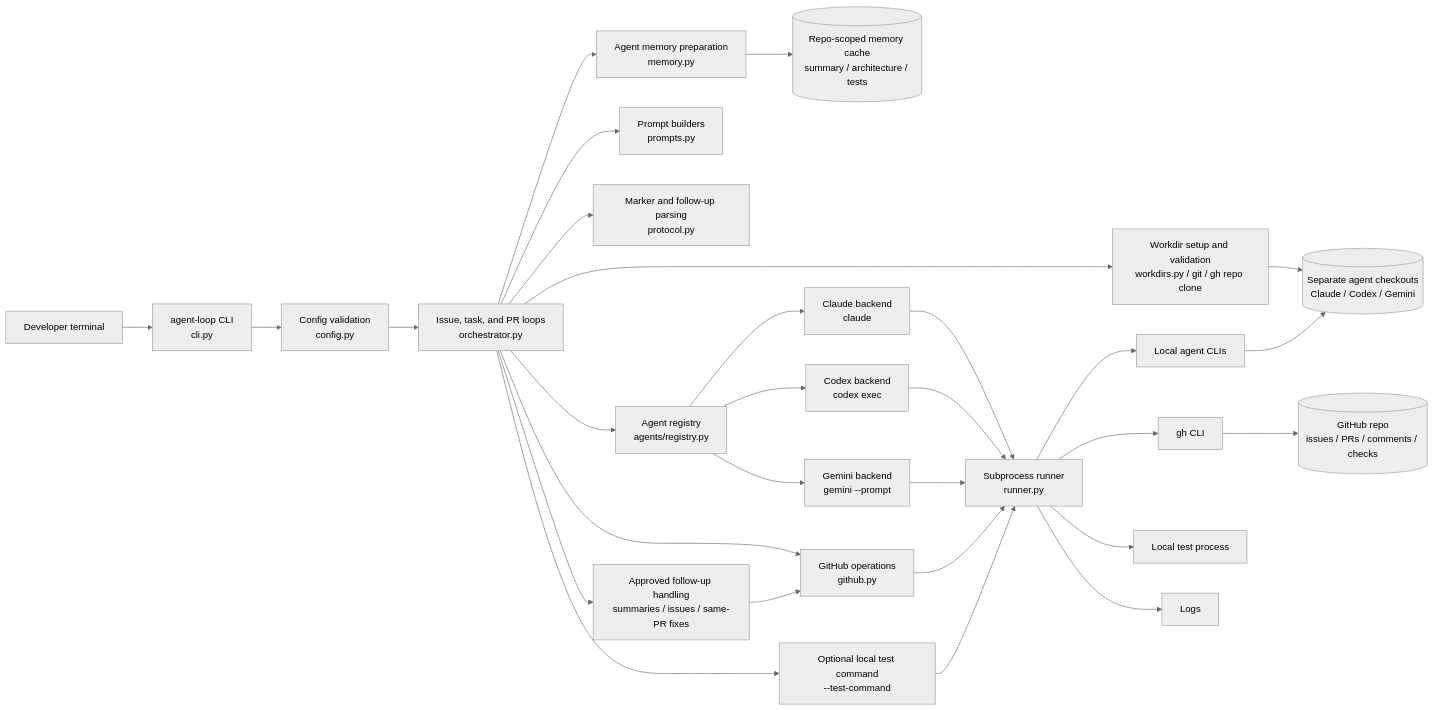
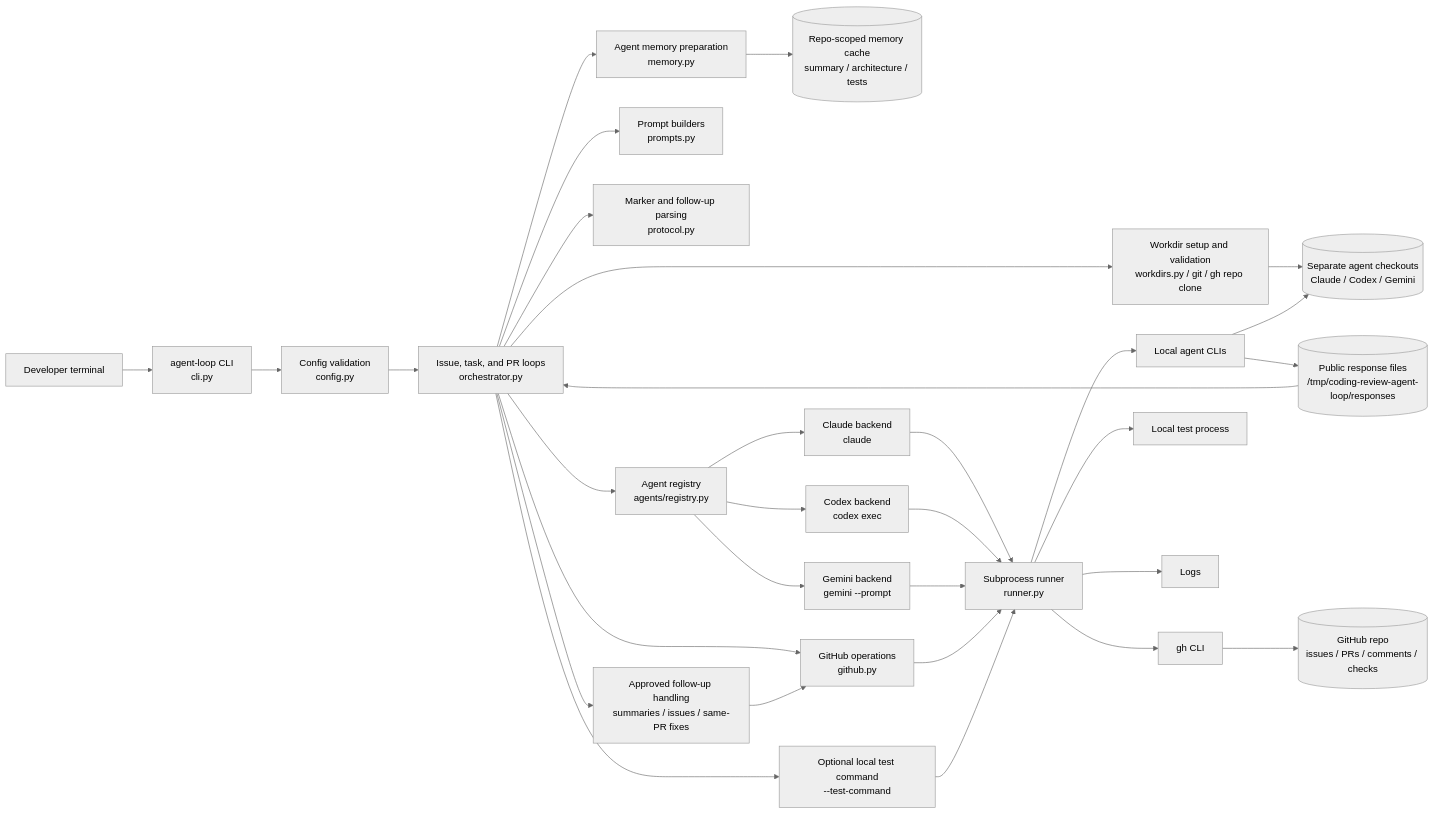
One commit to Mega-Gorilla/coding-review-agent-loop changed the first of 2 diagrams in docs/local_agent_loop.md. Above: the diagram before and after it, drawn with Mermaid (neutral theme). The commit also changed other lines of this file, not shown here.

Commit message:
Document public response file flow

````diff
--- a/docs/local_agent_loop.md
+++ b/docs/local_agent_loop.md
@@ -21,38 +21,40 @@
 ```mermaid
 flowchart LR
     User[Developer terminal] --> CLI[agent-loop CLI<br/>cli.py]
     CLI --> Config[Config validation<br/>config.py]
     Config --> Orchestrator[Issue, task, and PR loops<br/>orchestrator.py]
 
     Orchestrator --> Workdirs[Workdir setup and validation<br/>workdirs.py / git / gh repo clone]
     Orchestrator --> Memory[Agent memory preparation<br/>memory.py]
 
     Workdirs --> AgentDirs[(Separate agent checkouts<br/>Claude / Codex / Gemini)]
     Memory --> MemoryCache[(Repo-scoped memory cache<br/>summary / architecture / tests)]
 
     Orchestrator --> Prompts[Prompt builders<br/>prompts.py]
     Orchestrator --> Protocol[Marker and follow-up parsing<br/>protocol.py]
     Orchestrator --> Registry[Agent registry<br/>agents/registry.py]
     Orchestrator --> GitHubOps[GitHub operations<br/>github.py]
     Orchestrator --> OptionalTests[Optional local test command<br/>--test-command]
     Orchestrator --> Followups[Approved follow-up handling<br/>summaries / issues / same-PR fixes]
 
     Registry --> Claude[Claude backend<br/>claude]
     Registry --> Codex[Codex backend<br/>codex exec]
     Registry --> Gemini[Gemini backend<br/>gemini --prompt]
 
     Claude --> Runner[Subprocess runner<br/>runner.py]
     Codex --> Runner
     Gemini --> Runner
     GitHubOps --> Runner
     OptionalTests --> Runner
 
     Runner --> AgentCLIs[Local agent CLIs]
     Runner --> GhCLI[gh CLI]
     Runner --> TestCmd[Local test process]
     Runner --> Logs
 
     AgentCLIs --> AgentDirs
+    AgentCLIs --> ResponseFiles[(Public response files<br/>/tmp/coding-review-agent-loop/responses)]
+    ResponseFiles --> Orchestrator
     GhCLI --> GitHub[(GitHub repo<br/>issues / PRs / comments / checks)]
     Followups --> GitHubOps
 ```
````
